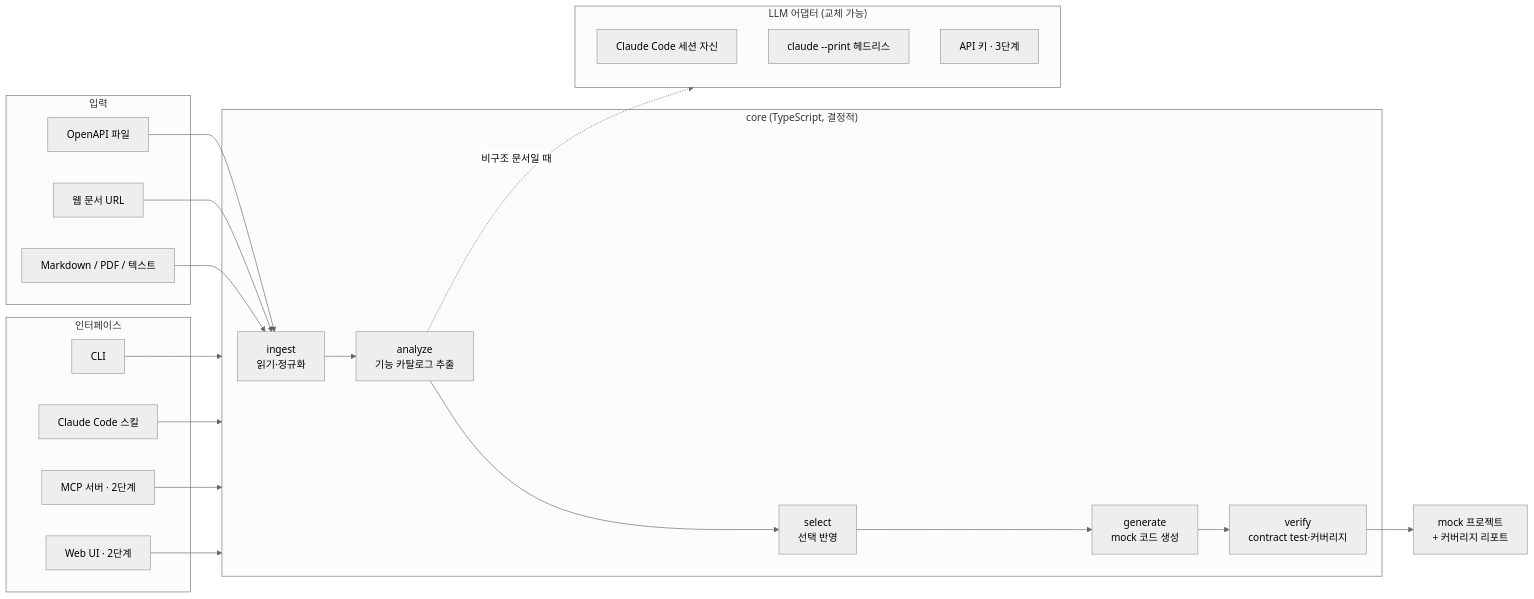
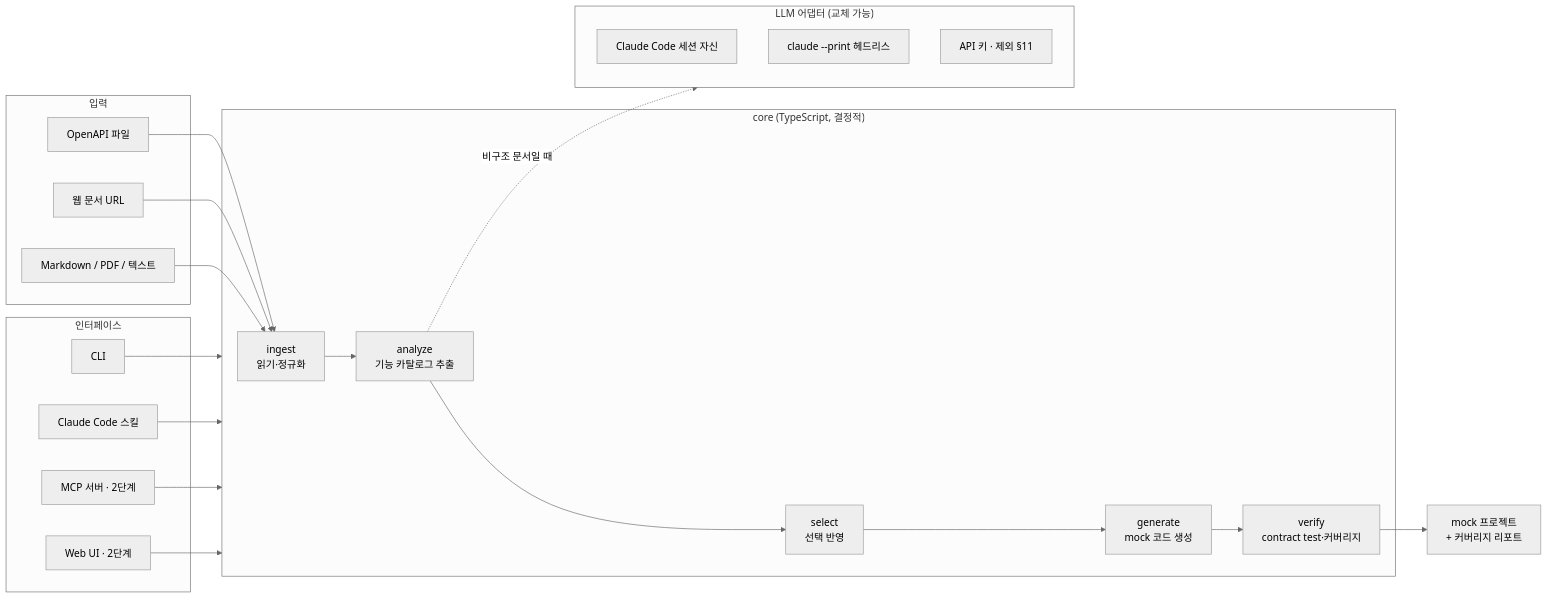
The first of 2 diagrams in docs/superpowers/specs/2026-11-04-specmock-design.md (geonhos/specmock), drawn with Mermaid (neutral theme) before and after one commit. The commit also changed other lines of this file and 2 other files, not shown here.

First line of the commit message:
docs: 3단계 로드맵에서 API 키 어댑터(3C) 제외를 기록

````diff
--- a/docs/superpowers/specs/2026-11-04-specmock-design.md
+++ b/docs/superpowers/specs/2026-11-04-specmock-design.md
@@ -54,34 +54,34 @@
 ```mermaid
 flowchart LR
     subgraph 입력
         A1[OpenAPI 파일]
         A2[웹 문서 URL]
         A3[Markdown / PDF / 텍스트]
     end
 
     subgraph core["core (TypeScript, 결정적)"]
         B[ingest<br/>읽기·정규화]
         C[analyze<br/>기능 카탈로그 추출]
         D[select<br/>선택 반영]
         E[generate<br/>mock 코드 생성]
         F[verify<br/>contract test·커버리지]
     end
 
     subgraph llm["LLM 어댑터 (교체 가능)"]
         L1[Claude Code 세션 자신]
         L2[claude --print 헤드리스]
-        L3[API 키 · 3단계]
+        L3[API 키 · 제외 §11]
     end
 
     subgraph 인터페이스
         I1[CLI]
         I2[Claude Code 스킬]
         I3[MCP 서버 · 2단계]
         I4[Web UI · 2단계]
     end
 
     A1 & A2 & A3 --> B --> C --> D --> E --> F
     C -.비구조 문서일 때.-> llm
     I1 & I2 & I3 & I4 --> core
     F --> OUT[mock 프로젝트<br/>+ 커버리지 리포트]
 ```
````
